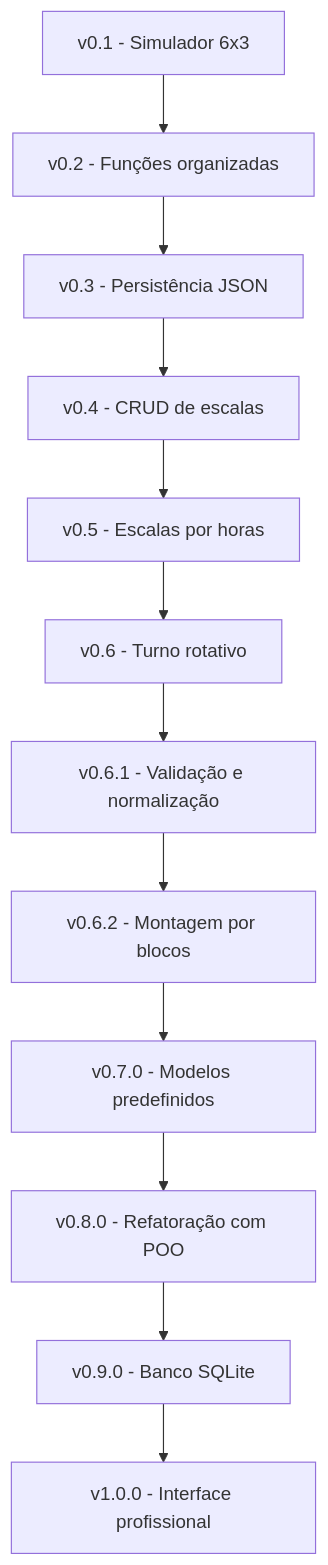
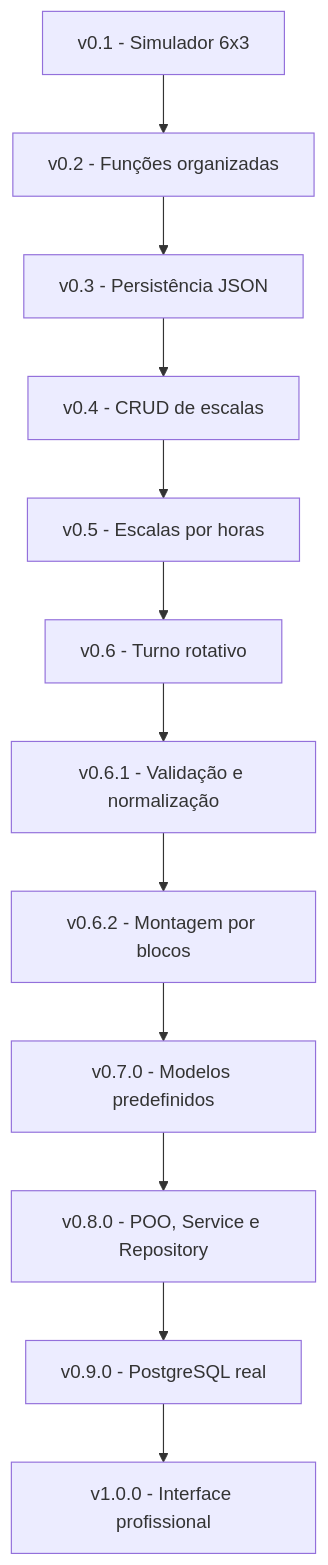
Before and after one commit to Dinox75/simulador-escala-trabalho: the tenth of 10 diagrams in README.md, drawn with Mermaid. The commit also changed other lines of this file, not shown here.

````diff
--- a/README.md
+++ b/README.md
@@ -755,14 +1196,14 @@
 ```mermaid
 flowchart TD
     A[v0.1 - Simulador 6x3] --> B[v0.2 - Funções organizadas]
     B --> C[v0.3 - Persistência JSON]
     C --> D[v0.4 - CRUD de escalas]
     D --> E[v0.5 - Escalas por horas]
     E --> F[v0.6 - Turno rotativo]
     F --> G[v0.6.1 - Validação e normalização]
     G --> H[v0.6.2 - Montagem por blocos]
     H --> I[v0.7.0 - Modelos predefinidos]
-    I --> J[v0.8.0 - Refatoração com POO]
-    J --> K[v0.9.0 - Banco SQLite]
+    I --> J[v0.8.0 - POO, Service e Repository]
+    J --> K[v0.9.0 - PostgreSQL real]
     K --> L[v1.0.0 - Interface profissional]
 ```
````
